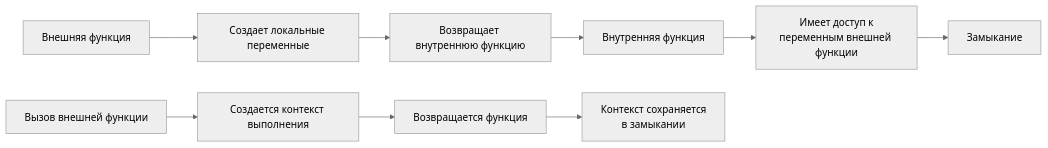
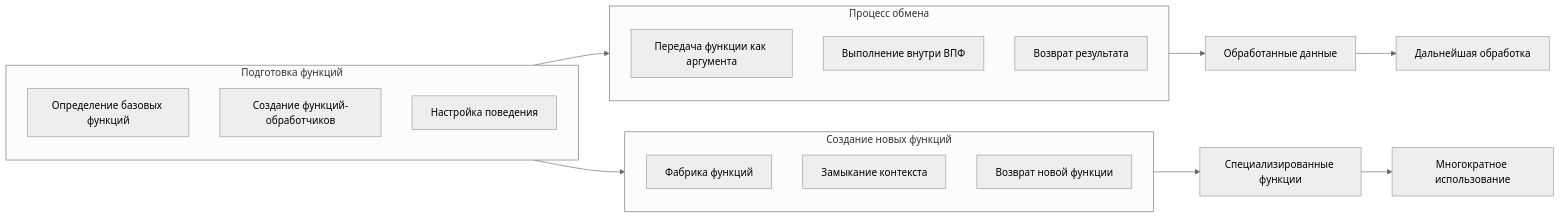
Before and after one commit to softboxdev/javascript_frameworks: the third of 10 diagrams in module_001/high_order_functions_diagrams.md, drawn with Mermaid (neutral theme). The commit also changed other lines of this file, not shown here.

````diff
--- a/module_001/high_order_functions_diagrams.md
+++ b/module_001/high_order_functions_diagrams.md
@@ -73,12 +55,32 @@
 ```mermaid
-graph LR
-    A[Внешняя функция] --> B[Создает локальные переменные]
-    B --> C[Возвращает внутреннюю функцию]
-    C --> D[Внутренняя функция]
-    D --> E[Имеет доступ к<br/>переменным внешней функции]
-    E --> F[Замыкание]
+flowchart LR
+    subgraph A [Подготовка функций]
+        direction TB
+        B[Определение базовых функций]
+        C[Создание функций-обработчиков]
+        D[Настройка поведения]
+    end
     
-    G[Вызов внешней функции] --> H[Создается контекст выполнения]
-    H --> I[Возвращается функция]
-    I --> J[Контекст сохраняется<br/>в замыкании]
+    subgraph E [Процесс обмена]
+        direction TB
+        F[Передача функции как аргумента]
+        G[Выполнение внутри ВПФ]
+        H[Возврат результата]
+    end
+    
+    subgraph I [Создание новых функций]
+        direction TB
+        J[Фабрика функций]
+        K[Замыкание контекста]
+        L[Возврат новой функции]
+    end
+    
+    A --> E
+    A --> I
+    
+    E --> M[Обработанные данные]
+    I --> N[Специализированные функции]
+    
+    M --> O[Дальнейшая обработка]
+    N --> P[Многократное использование]
 ```
````
